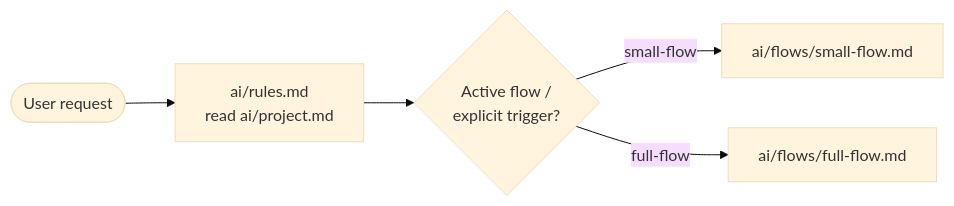
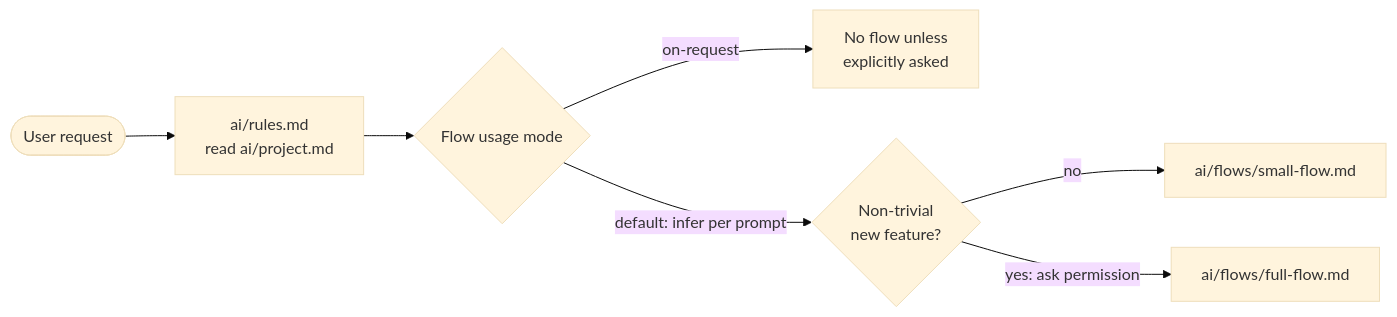
Before and after one commit to ShootingStar91/full-stack-template: the second of 6 diagrams in ai/docs/overview.md, drawn with Mermaid (base theme). The commit also changed other lines of this file and 8 other files, not shown here.

Commit message:
fix: flow default mode fixed

````diff
--- a/ai/docs/overview.md
+++ b/ai/docs/overview.md
@@ -65,7 +67,9 @@
 ```mermaid
 flowchart LR
     REQ([User request]) --> ENTRY["ai/rules.md<br/>read ai/project.md"]
-    ENTRY --> WHICH{Active flow /<br/>explicit trigger?}
-    WHICH -->|small-flow| S["ai/flows/small-flow.md"]
-    WHICH -->|full-flow| F["ai/flows/full-flow.md"]
+    ENTRY --> MODE{Flow usage mode}
+    MODE -->|on-request| N["No flow unless<br/>explicitly asked"]
+    MODE -->|default: infer per prompt| WHICH{Non-trivial<br/>new feature?}
+    WHICH -->|no| S["ai/flows/small-flow.md"]
+    WHICH -->|yes: ask permission| F["ai/flows/full-flow.md"]
 ```
````
